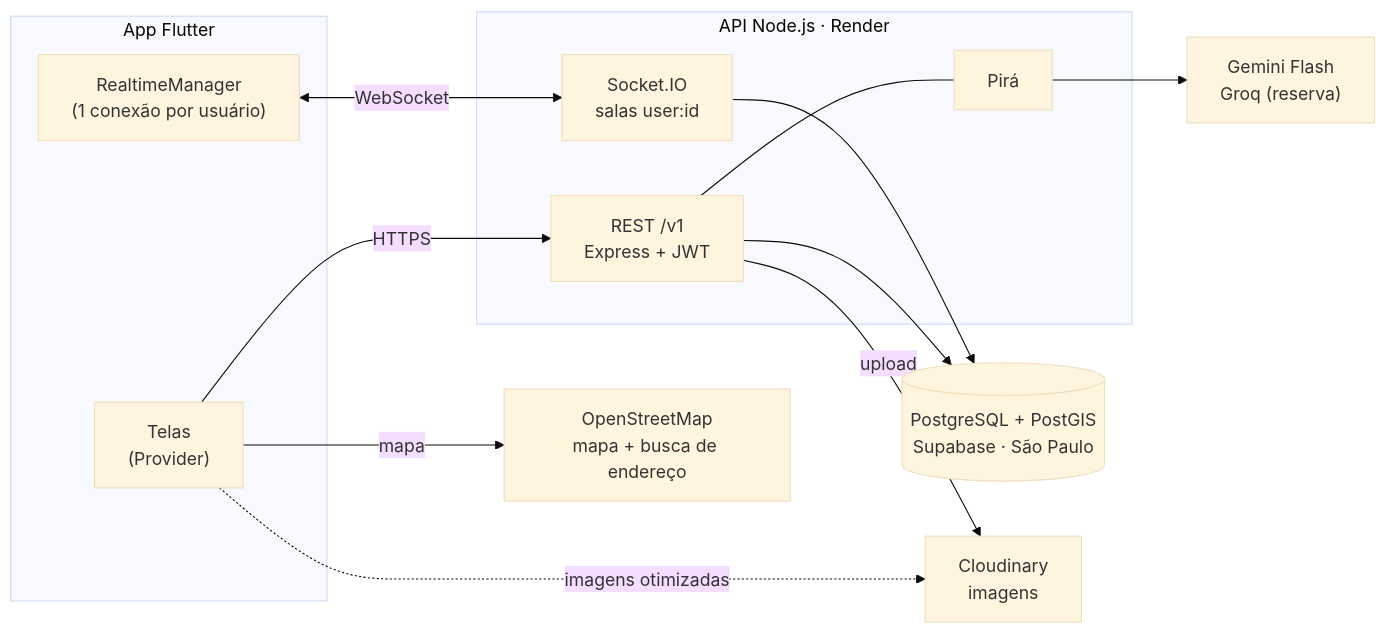
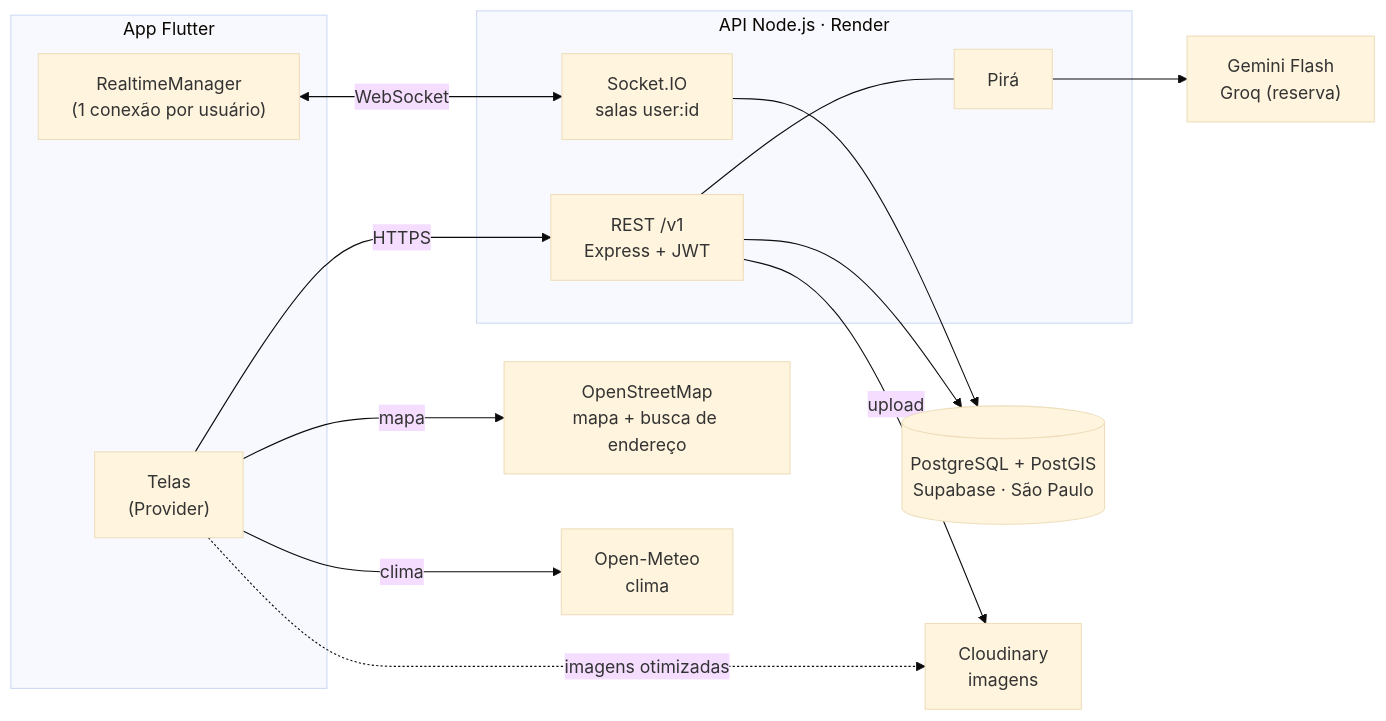
One commit to daniykt/Pesque-Fale changed the diagram in README.md. Above: the diagram before and after it, drawn with Mermaid (base theme). The commit also changed other lines of this file, not shown here.

````diff
--- a/README.md
+++ b/README.md
@@ -77,28 +79,30 @@
 ```mermaid
 flowchart LR
     subgraph APP["App Flutter"]
         UI["Telas<br/>(Provider)"]
         RT["RealtimeManager<br/>(1 conexão por usuário)"]
     end
 
     subgraph API["API Node.js · Render"]
         REST["REST /v1<br/>Express + JWT"]
         WS["Socket.IO<br/>salas user:id"]
         IA["Pirá"]
     end
 
     DB[("PostgreSQL + PostGIS<br/>Supabase · São Paulo")]
     CDN["Cloudinary<br/>imagens"]
     MAP["OpenStreetMap<br/>mapa + busca de endereço"]
+    CLIMA["Open-Meteo<br/>clima"]
     LLM["Gemini Flash<br/>Groq (reserva)"]
 
     UI -- HTTPS --> REST
     RT <-- WebSocket --> WS
     REST --> DB
     WS --> DB
     REST -- upload --> CDN
     REST --- IA
     IA --> LLM
     UI -- mapa --> MAP
+    UI -- clima --> CLIMA
     UI -. imagens otimizadas .-> CDN
 ```
````
